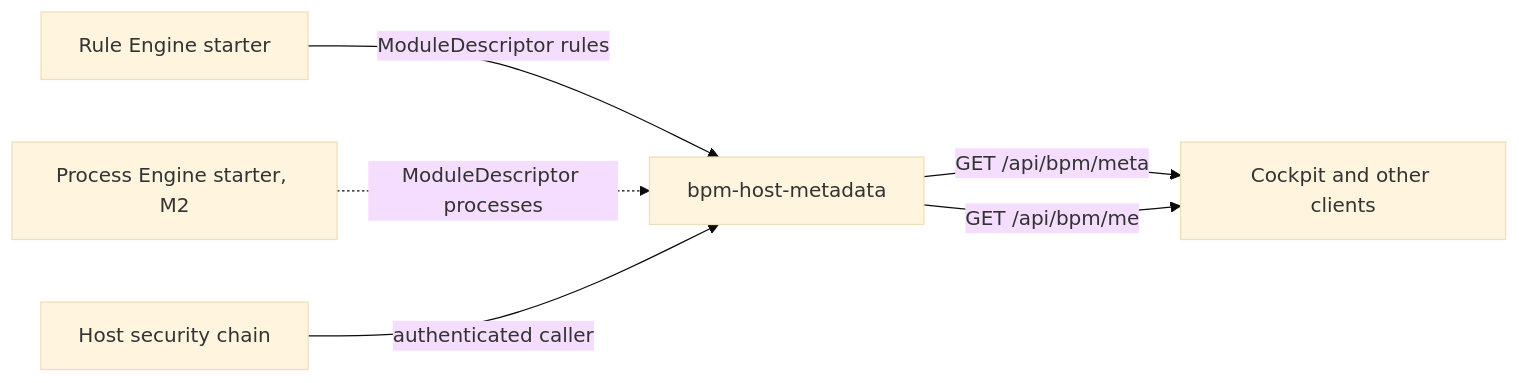
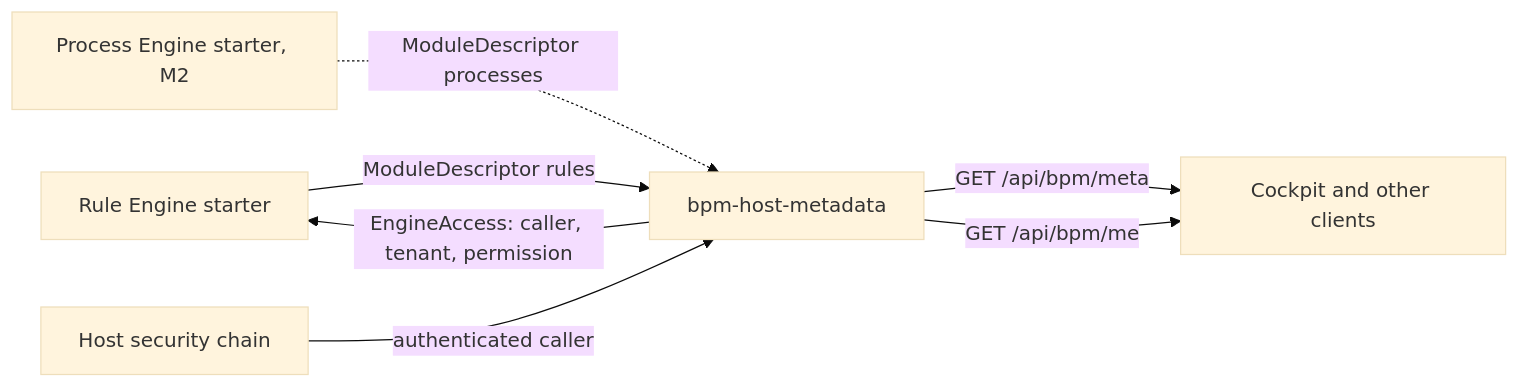
The diagram in bpm-host-metadata/README.md (dhluong90/horus-Agentic-BPM), drawn with Mermaid (base theme) before and after one commit. The commit also changed other lines of this file and 4 other files, not shown here.

````diff
--- a/bpm-host-metadata/README.md
+++ b/bpm-host-metadata/README.md
@@ -7,8 +7,9 @@
 ```mermaid
 flowchart LR
     RS[Rule Engine starter] -- ModuleDescriptor rules --> HM[bpm-host-metadata]
     PS[Process Engine starter, M2] -. ModuleDescriptor processes .-> HM
     SEC[Host security chain] -- authenticated caller --> HM
     HM -- GET /api/bpm/meta --> C[Cockpit and other clients]
     HM -- GET /api/bpm/me --> C
+    HM -- EngineAccess: caller, tenant, permission --> RS
 ```
````
